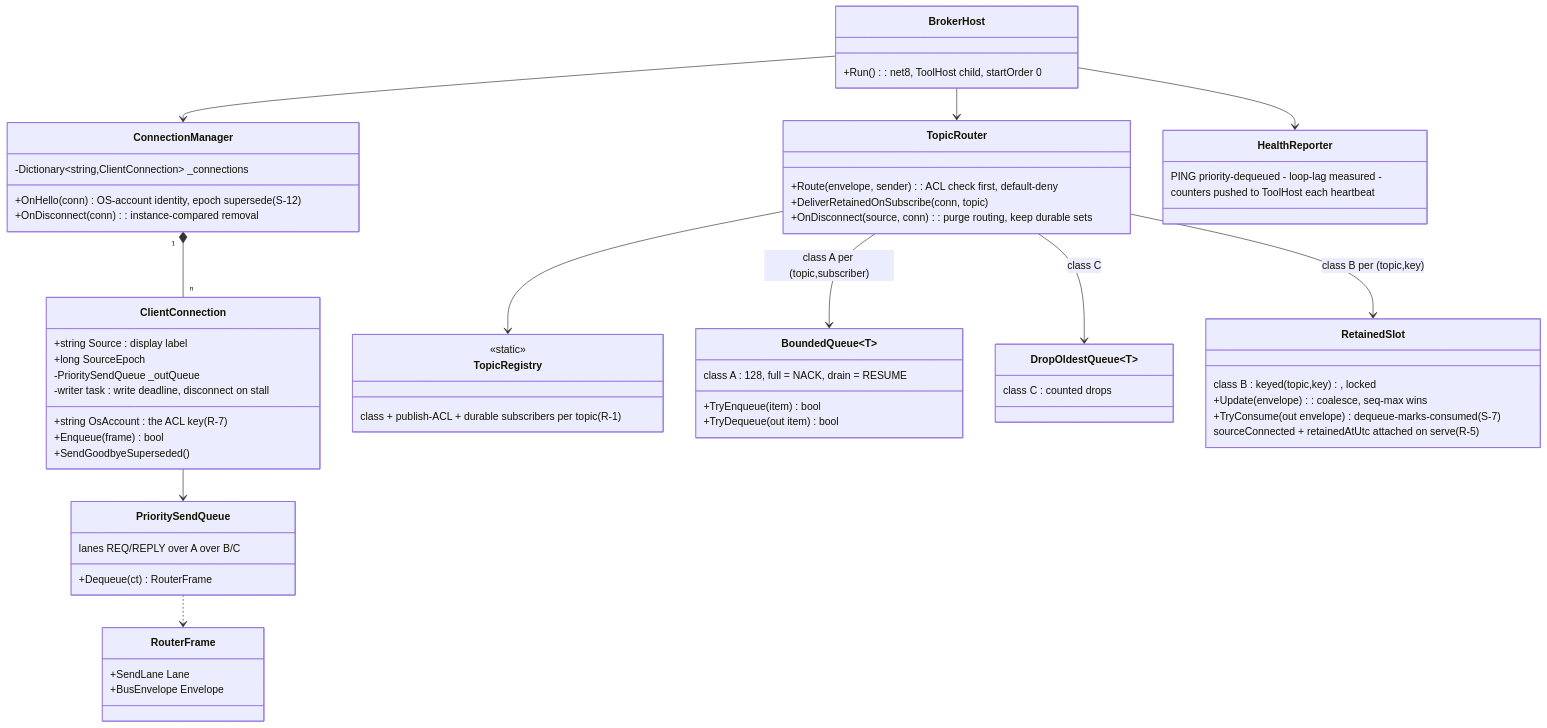
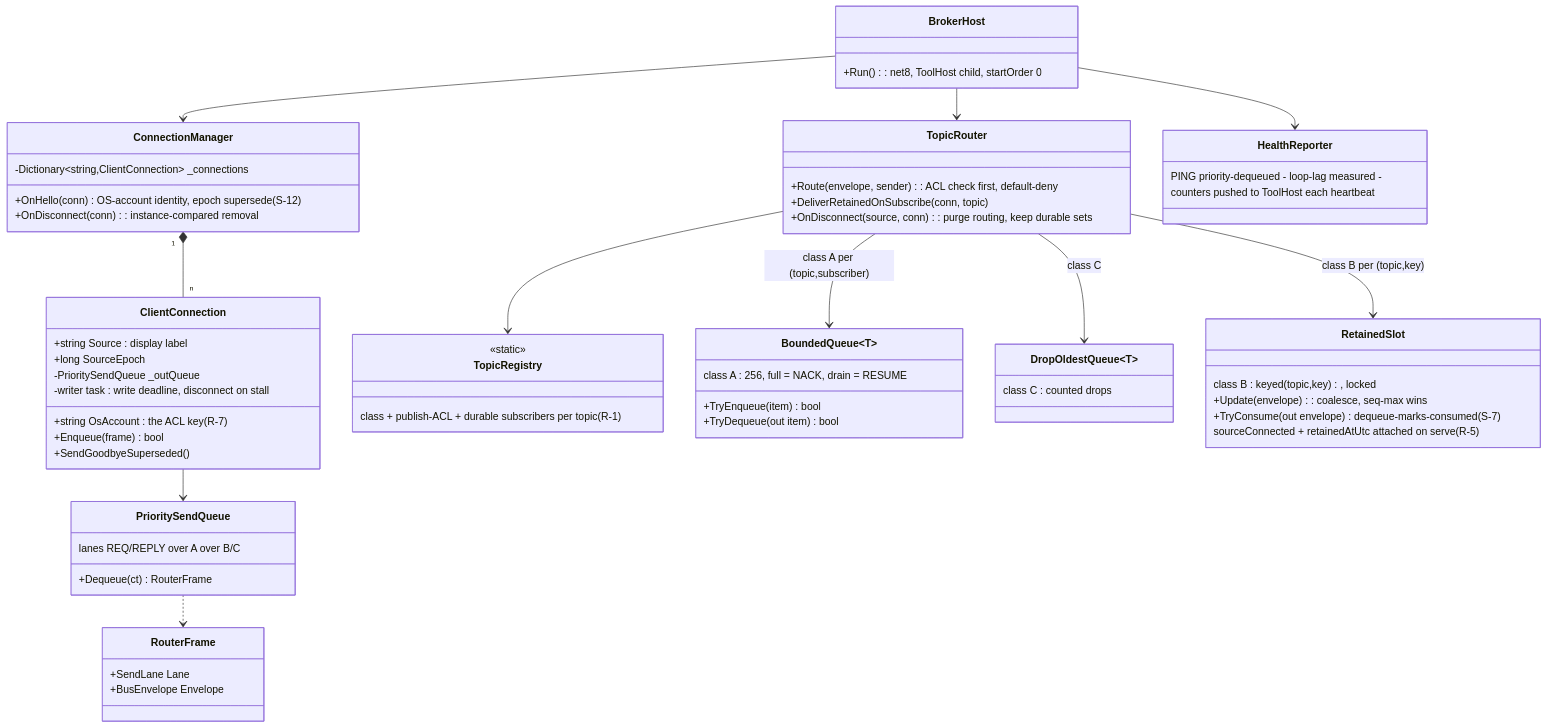
One commit to amitA-camtek/bus_gateway changed the second of 3 diagrams in stage/06-bus-implementation.md. Above: the diagram before and after it, drawn with Mermaid. The commit also changed other lines of this file and 19 other files, not shown here.

````diff
--- a/stage/06-bus-implementation.md
+++ b/stage/06-bus-implementation.md
@@ -273,66 +289,66 @@
 ```mermaid
 classDiagram
     class BrokerHost {
         +Run() : net8, ToolHost child, startOrder 0
     }
     class ConnectionManager {
         -Dictionary~string,ClientConnection~ _connections
         +OnHello(conn) : OS-account identity, epoch supersede (S-12)
         +OnDisconnect(conn) : instance-compared removal
     }
     class ClientConnection {
         +string Source : display label
         +string OsAccount : the ACL key (R-7)
         +long SourceEpoch
         -PrioritySendQueue _outQueue
         -writer task : write deadline, disconnect on stall
         +Enqueue(frame) bool
         +SendGoodbyeSuperseded()
     }
     class TopicRouter {
         +Route(envelope, sender) : ACL check first, default-deny
         +DeliverRetainedOnSubscribe(conn, topic)
         +OnDisconnect(source, conn) : purge routing, keep durable sets
     }
     class TopicRegistry {
         <<static>>
         class + publish-ACL + durable subscribers per topic (R-1)
     }
     class BoundedQueue~T~ {
-        class A : 128, full = NACK, drain = RESUME
+        class A : 256, full = NACK, drain = RESUME
         +TryEnqueue(item) bool
         +TryDequeue(out item) bool
     }
     class DropOldestQueue~T~ {
         class C : counted drops
     }
     class RetainedSlot {
         class B : keyed (topic,key), locked
         +Update(envelope) : coalesce, seq-max wins
         +TryConsume(out envelope) : dequeue-marks-consumed (S-7)
         sourceConnected + retainedAtUtc attached on serve (R-5)
     }
     class PrioritySendQueue {
         lanes REQ/REPLY over A over B/C
         +Dequeue(ct) RouterFrame
     }
     class RouterFrame {
         +SendLane Lane
         +BusEnvelope Envelope
     }
     class HealthReporter {
         PING priority-dequeued - loop-lag measured -
         counters pushed to ToolHost each heartbeat
     }
 
     BrokerHost --> ConnectionManager
     BrokerHost --> TopicRouter
     BrokerHost --> HealthReporter
     ConnectionManager "1" *-- "n" ClientConnection
     ClientConnection --> PrioritySendQueue
     PrioritySendQueue ..> RouterFrame
     TopicRouter --> TopicRegistry
     TopicRouter --> BoundedQueue~T~ : class A per (topic,subscriber)
     TopicRouter --> DropOldestQueue~T~ : class C
     TopicRouter --> RetainedSlot : class B per (topic,key)
 ```
````
